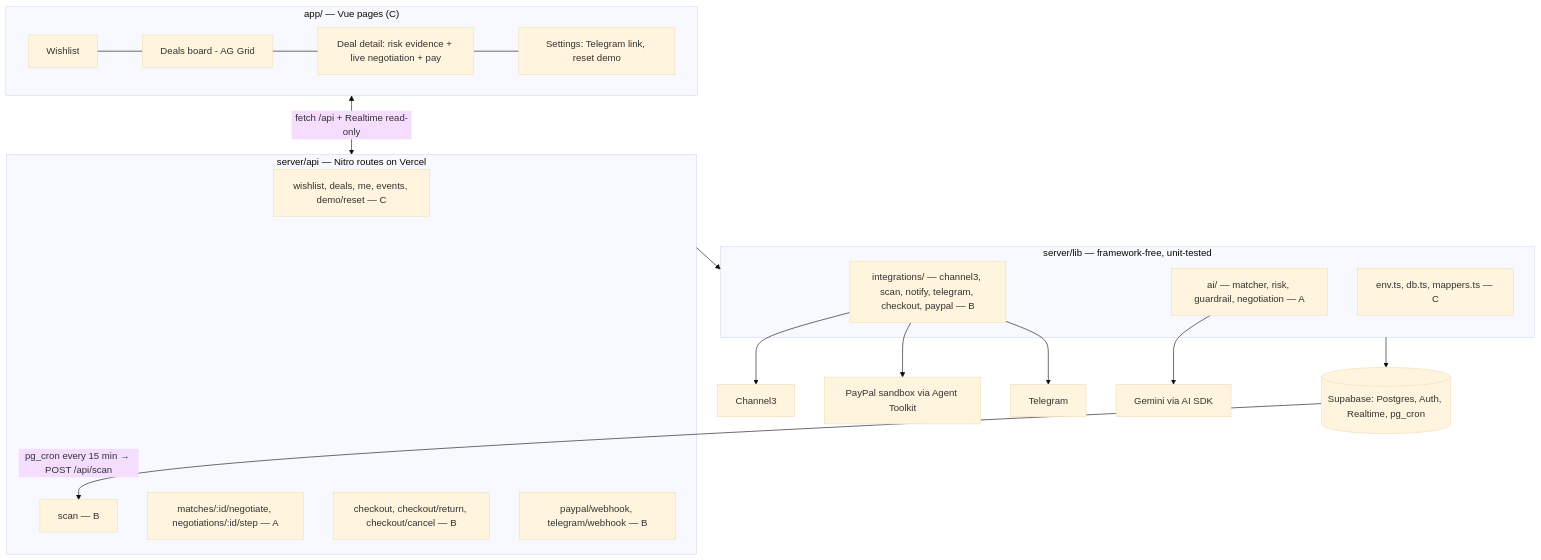
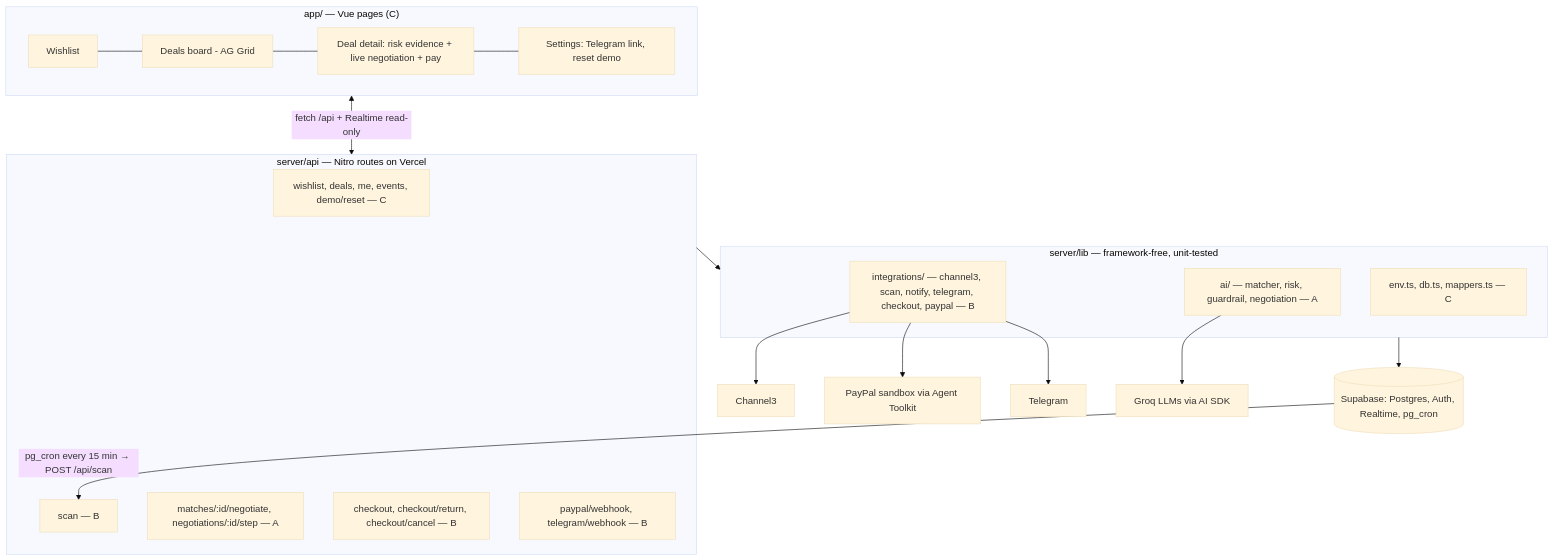
Before and after one commit to Cirdna/PayPALS: the diagram in docs/ARCHITECTURE.md, drawn with Mermaid (base theme). The commit also changed other lines of this file and 21 other files, not shown here.

````diff
--- a/docs/ARCHITECTURE.md
+++ b/docs/ARCHITECTURE.md
@@ -8,26 +8,26 @@
 ```mermaid
 flowchart TB
   subgraph Client["app/ — Vue pages (C)"]
     P1[Wishlist] --- P2[Deals board - AG Grid]
     P2 --- P3[Deal detail: risk evidence + live negotiation + pay]
     P3 --- P4[Settings: Telegram link, reset demo]
   end
   subgraph Server["server/api — Nitro routes on Vercel"]
     W[wishlist, deals, me, events, demo/reset — C]
     S[scan — B]
     N[matches/:id/negotiate, negotiations/:id/step — A]
     CO[checkout, checkout/return, checkout/cancel — B]
     WH[paypal/webhook, telegram/webhook — B]
   end
   subgraph Lib["server/lib — framework-free, unit-tested"]
     AI[ai/ — matcher, risk, guardrail, negotiation — A]
     INT[integrations/ — channel3, scan, notify, telegram, checkout, paypal — B]
     INFRA[env.ts, db.ts, mappers.ts — C]
   end
   DB[(Supabase: Postgres, Auth, Realtime, pg_cron)]
   Client <-->|fetch /api + Realtime read-only| Server
   Server --> Lib --> DB
   DB -->|pg_cron every 15 min → POST /api/scan| S
   INT --> C3[Channel3] & PP[PayPal sandbox via Agent Toolkit] & TG[Telegram]
-  AI --> G[Gemini via AI SDK]
+  AI --> G[Groq LLMs via AI SDK]
 ```
````
